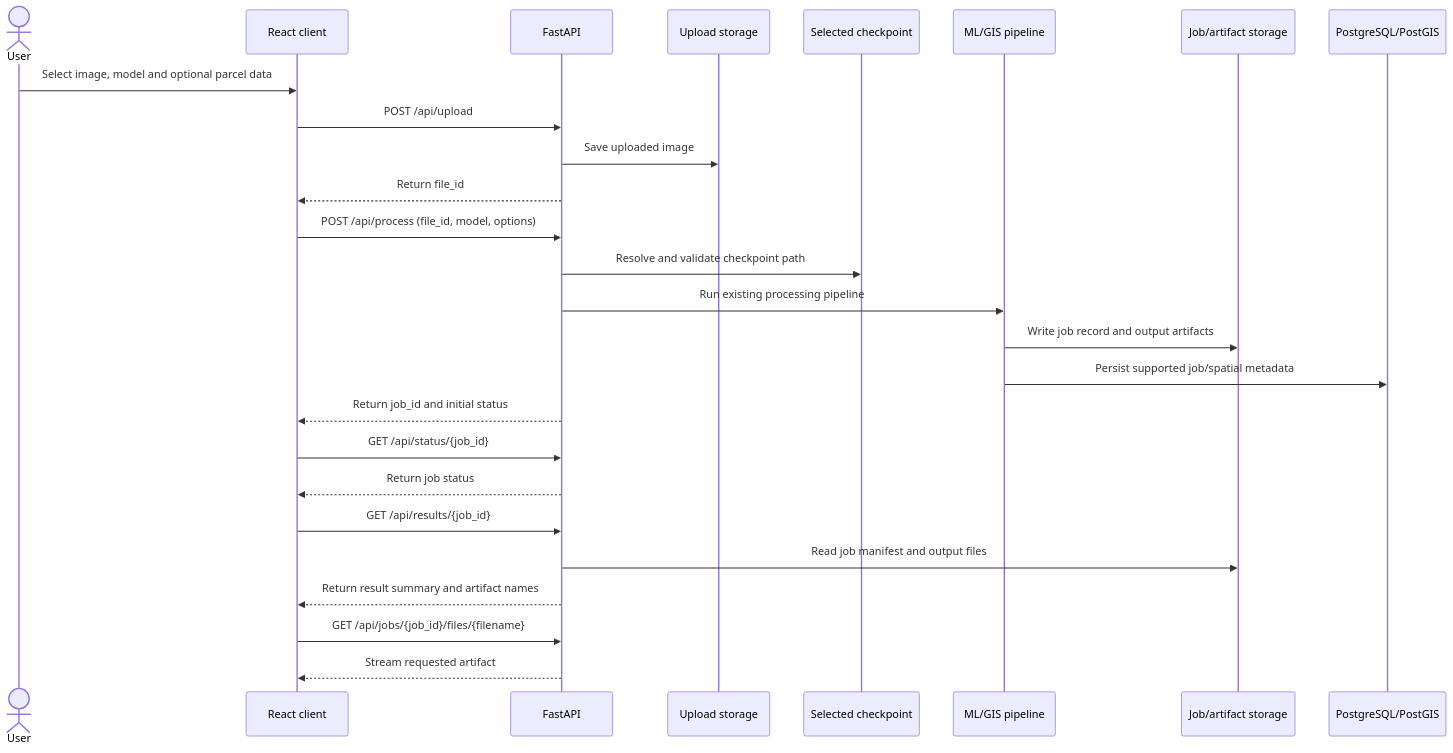
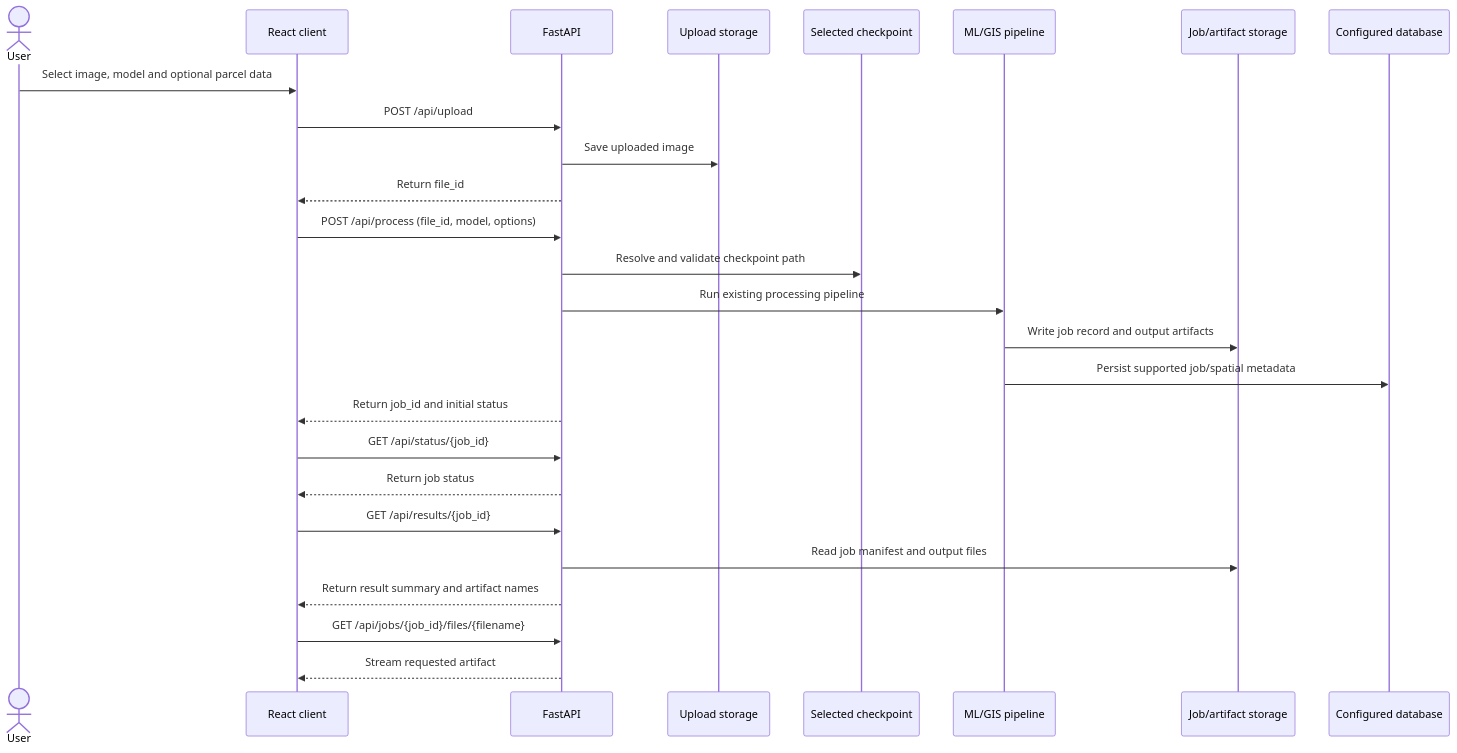
Before and after one commit to alimaqsoodshaikh325-dotcom/GEO-CADASTRA-DRONE-PROJECT: the second of 2 diagrams in Readme.md, drawn with Mermaid. The commit also changed other lines of this file and 10 other files, not shown here.

````diff
--- a/Readme.md
+++ b/Readme.md
@@ -122,29 +119,29 @@
 ```mermaid
 sequenceDiagram
     actor User
     participant UI as React client
     participant API as FastAPI
     participant Upload as Upload storage
     participant Model as Selected checkpoint
     participant Pipeline as ML/GIS pipeline
     participant Store as Job/artifact storage
-    participant DB as PostgreSQL/PostGIS
+    participant DB as Configured database
 
     User->>UI: Select image, model and optional parcel data
     UI->>API: POST /api/upload
     API->>Upload: Save uploaded image
     API-->>UI: Return file_id
     UI->>API: POST /api/process (file_id, model, options)
     API->>Model: Resolve and validate checkpoint path
     API->>Pipeline: Run existing processing pipeline
     Pipeline->>Store: Write job record and output artifacts
     Pipeline->>DB: Persist supported job/spatial metadata
     API-->>UI: Return job_id and initial status
     UI->>API: GET /api/status/{job_id}
     API-->>UI: Return job status
     UI->>API: GET /api/results/{job_id}
     API->>Store: Read job manifest and output files
     API-->>UI: Return result summary and artifact names
     UI->>API: GET /api/jobs/{job_id}/files/{filename}
     API-->>UI: Stream requested artifact
 ```
````
